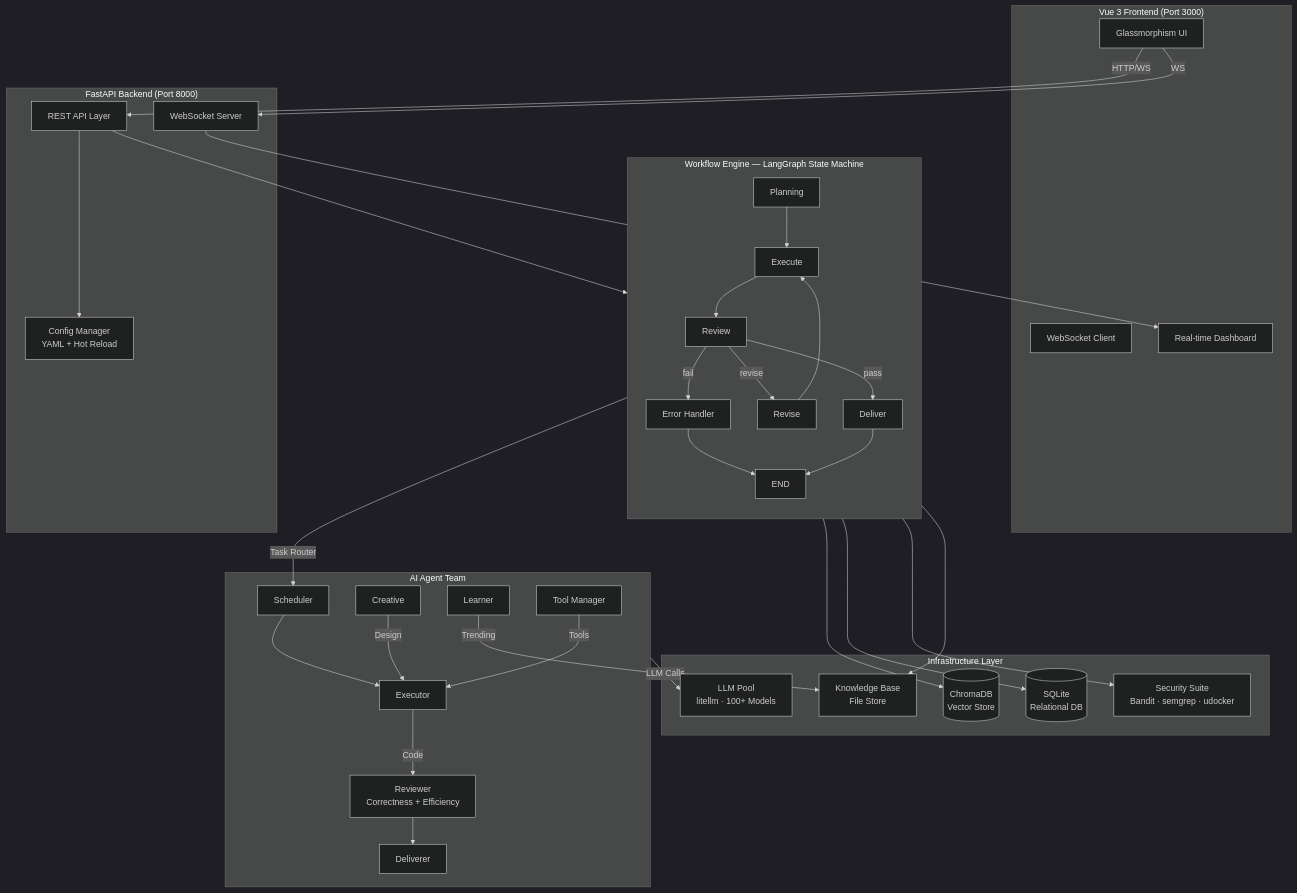
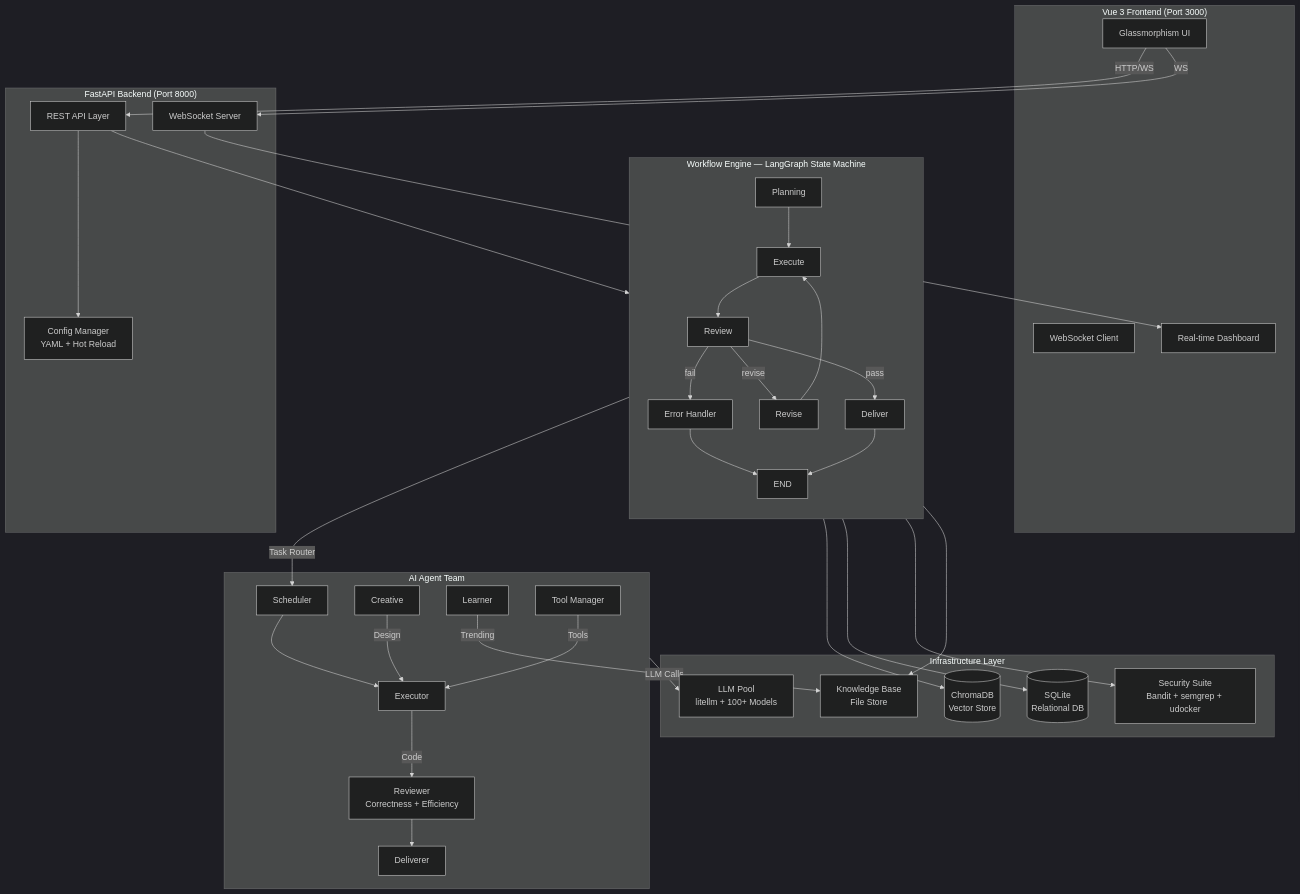
The diagram in docs/README_EN.md (Ameiro-sudo/IReckon), drawn with Mermaid (dark theme) before and after one commit. The commit also changed other lines of this file and 47 other files, not shown here.

````diff
--- a/docs/README_EN.md
+++ b/docs/README_EN.md
@@ -29,62 +29,62 @@
 ```mermaid
 graph TB
     subgraph Frontend["Vue 3 Frontend (Port 3000)"]
         UI[Glassmorphism UI]
         WS[WebSocket Client]
         RT[Real-time Dashboard]
     end
 
     subgraph Backend["FastAPI Backend (Port 8000)"]
         API[REST API Layer]
         WSS[WebSocket Server]
         CFG[Config Manager<br/>YAML + Hot Reload]
     end
 
     subgraph Engine["Workflow Engine — LangGraph State Machine"]
         direction TB
         PL[Planning] --> EX[Execute]
         EX --> RV[Review]
         RV -->|pass| DV[Deliver]
         RV -->|revise| RS[Revise]
         RS --> EX
         RV -->|fail| EH[Error Handler]
         EH --> END[END]
         DV --> END
     end
 
     subgraph Agents["AI Agent Team"]
         SCH[Scheduler]
         EXE[Executor]
         REV[Reviewer<br/>Correctness + Efficiency]
         DEL[Deliverer]
         CRE[Creative]
         LRN[Learner]
         TLM[Tool Manager]
     end
 
     subgraph Infrastructure["Infrastructure Layer"]
-        LLM[LLM Pool<br/>litellm · 100+ Models]
+        LLM[LLM Pool<br/>litellm + 100+ Models]
         VDB[(ChromaDB<br/>Vector Store)]
         SDB[(SQLite<br/>Relational DB)]
-        SEC[Security Suite<br/>Bandit · semgrep · udocker]
+        SEC[Security Suite<br/>Bandit + semgrep + udocker]
         KB[Knowledge Base<br/>File Store]
     end
 
     UI -->|HTTP/WS| API
     UI -->|WS| WSS
     WSS --> RT
     API --> CFG
     API --> Engine
     Engine -->|Task Router| SCH
     SCH --> EXE
     EXE -->|Code| REV
     REV --> DEL
     CRE -->|Design| EXE
     LRN -->|Trending| KB
     TLM -->|Tools| EXE
     Agents -->|LLM Calls| LLM
     Engine --> VDB
     Engine --> SDB
     Engine --> SEC
     Engine --> KB
 ```
````
